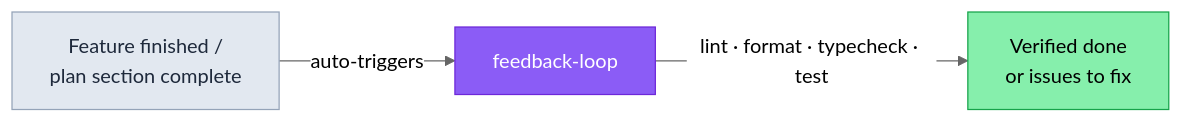
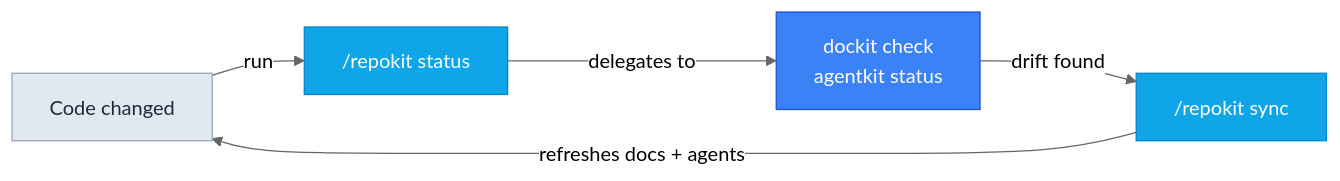
One commit to TheLampshady/repokit changed the fourth of 4 diagrams in README.md. Above: the diagram before and after it, drawn with Mermaid (neutral theme). The commit also changed other lines of this file and 21 other files, not shown here.

First line of the commit message:
[TASK] :: Remove onboard and feedback-loop — tighten to dockit + agentkit + hub.

````diff
--- a/README.md
+++ b/README.md
@@ -305,14 +277,16 @@
 ```mermaid
 graph LR
-    Done["Feature finished /<br/>plan section complete"]
-    FeedbackLoop["feedback-loop"]
-    Result["Verified done<br/>or issues to fix"]
+    Changed["Code changed"]
+    Status["/repokit status"]
+    Check["dockit check<br/>agentkit status"]
+    Sync["/repokit sync"]
 
-    Done -->|"auto-triggers"| FeedbackLoop -->|"lint · format · typecheck · test"| Result
+    Changed -->|"run"| Status -->|"delegates to"| Check -->|"drift found"| Sync
+    Sync -->|"refreshes docs + agents"| Changed
 
-    classDef agent fill:#8b5cf6,stroke:#6d28d9,color:#fff
-    classDef output fill:#86efac,stroke:#16a34a,color:#000
-    class FeedbackLoop agent
-    class Result output
-    style Done fill:#e2e8f0,stroke:#94a3b8,color:#1e293b
+    classDef skill fill:#3b82f6,stroke:#1d4ed8,color:#fff
+    classDef found fill:#0ea5e9,stroke:#0284c7,color:#fff
+    class Status,Sync found
+    class Check skill
+    style Changed fill:#e2e8f0,stroke:#94a3b8,color:#1e293b
 ```
````
